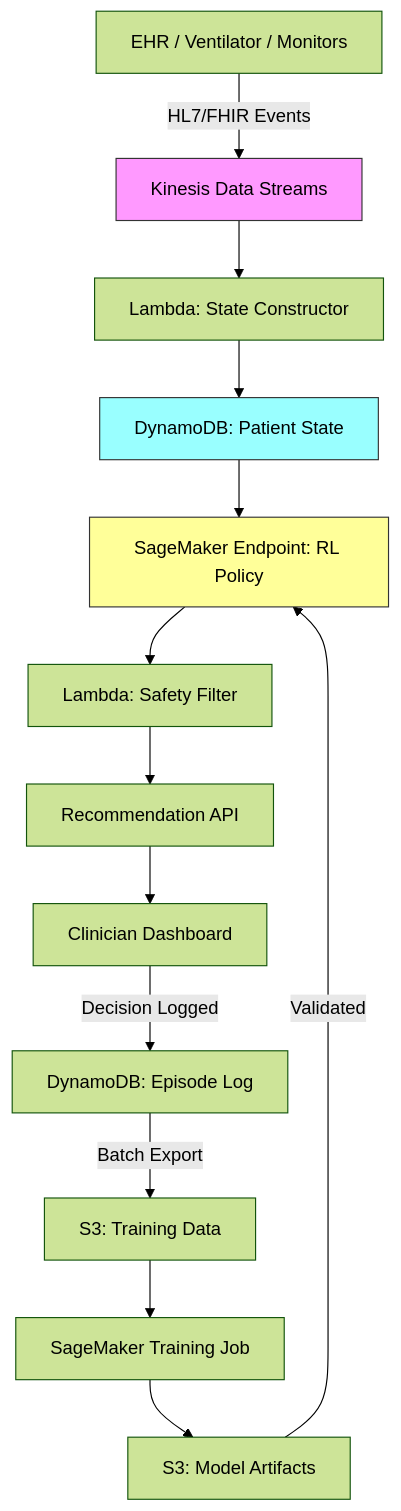
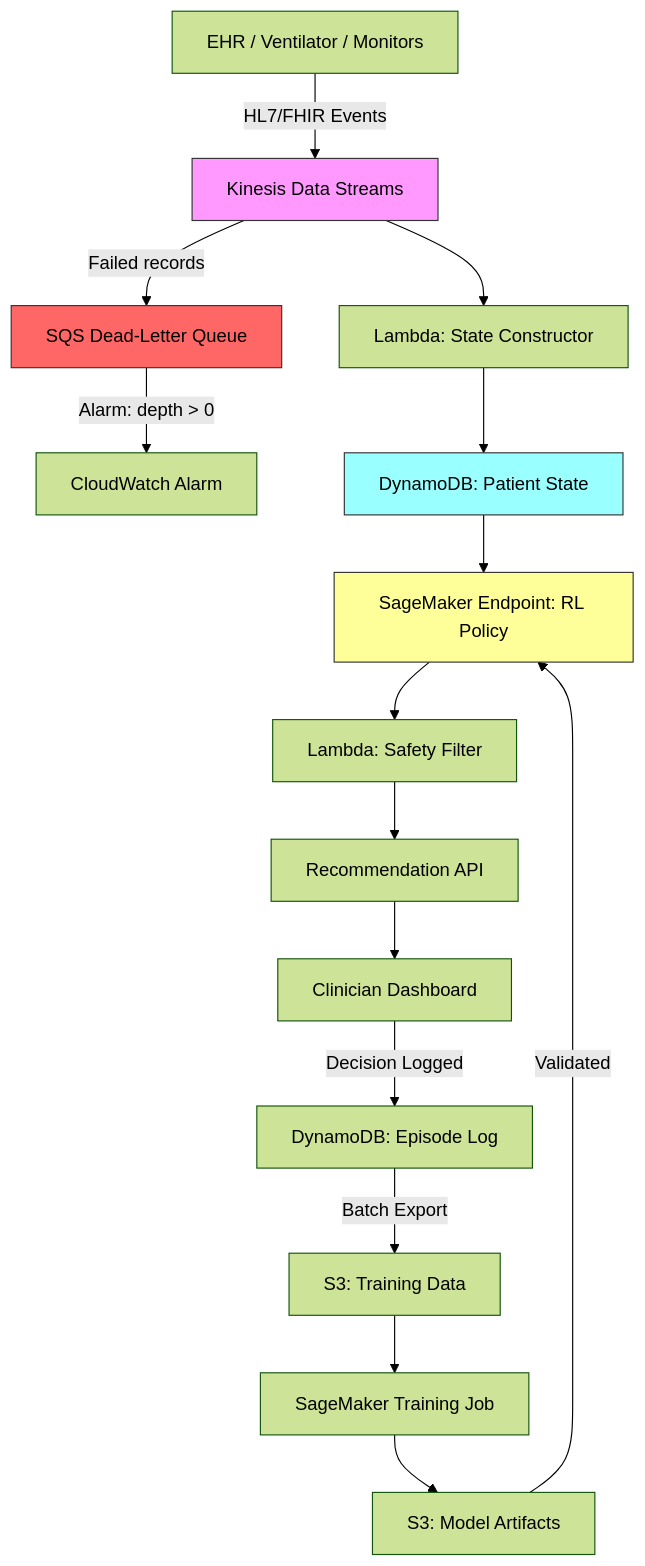
Before and after one commit to ccrngd1/HCLS-ai-book: the diagram in chapter15.05-architecture.md, drawn with Mermaid (forest theme). The commit also changed other lines of this file and 3 other files, not shown here.

````diff
--- a/chapter15.05-architecture.md
+++ b/chapter15.05-architecture.md
@@ -23,19 +23,22 @@
 ```mermaid
 flowchart TD
     A[EHR / Ventilator / Monitors] -->|HL7/FHIR Events| B[Kinesis Data Streams]
     B --> C[Lambda: State Constructor]
+    B -->|Failed records| DLQ[SQS Dead-Letter Queue]
+    DLQ -->|Alarm: depth > 0| CW[CloudWatch Alarm]
     C --> D[DynamoDB: Patient State]
     D --> E[SageMaker Endpoint: RL Policy]
     E --> F[Lambda: Safety Filter]
     F --> G[Recommendation API]
     G --> H[Clinician Dashboard]
     H -->|Decision Logged| I[DynamoDB: Episode Log]
     I -->|Batch Export| J[S3: Training Data]
     J --> K[SageMaker Training Job]
     K --> L[S3: Model Artifacts]
     L -->|Validated| E
 
     style B fill:#f9f,stroke:#333
     style E fill:#ff9,stroke:#333
     style D fill:#9ff,stroke:#333
+    style DLQ fill:#f66,stroke:#333
 ```
````
